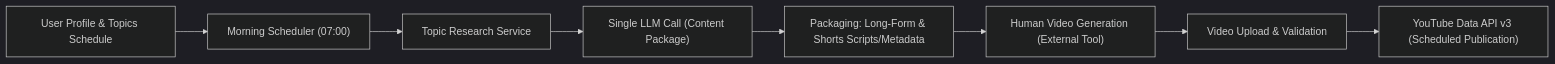
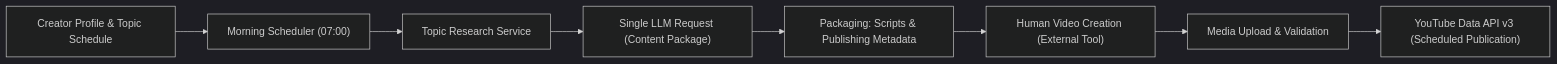
One commit to aspathak2705/AUTONOMOUS-YOUTUBE-AGENT changed the diagram in docs/architecture.md. Above: the diagram before and after it, drawn with Mermaid (dark theme). The commit also changed other lines of this file and 26 other files, not shown here.

````diff
--- a/docs/architecture.md
+++ b/docs/architecture.md
@@ -8,10 +8,10 @@
 ```mermaid
 flowchart LR
-    A["User Profile & Topics Schedule"] --> B["Morning Scheduler (07:00)"]
+    A["Creator Profile & Topic Schedule"] --> B["Morning Scheduler (07:00)"]
     B --> C["Topic Research Service"]
-    C --> D["Single LLM Call (Content Package)"]
-    D --> E["Packaging: Long-Form & Shorts Scripts/Metadata"]
-    E --> F["Human Video Generation (External Tool)"]
-    F --> G["Video Upload & Validation"]
+    C --> D["Single LLM Request (Content Package)"]
+    D --> E["Packaging: Scripts & Publishing Metadata"]
+    E --> F["Human Video Creation (External Tool)"]
+    F --> G["Media Upload & Validation"]
     G --> H["YouTube Data API v3 (Scheduled Publication)"]
 ```
````
